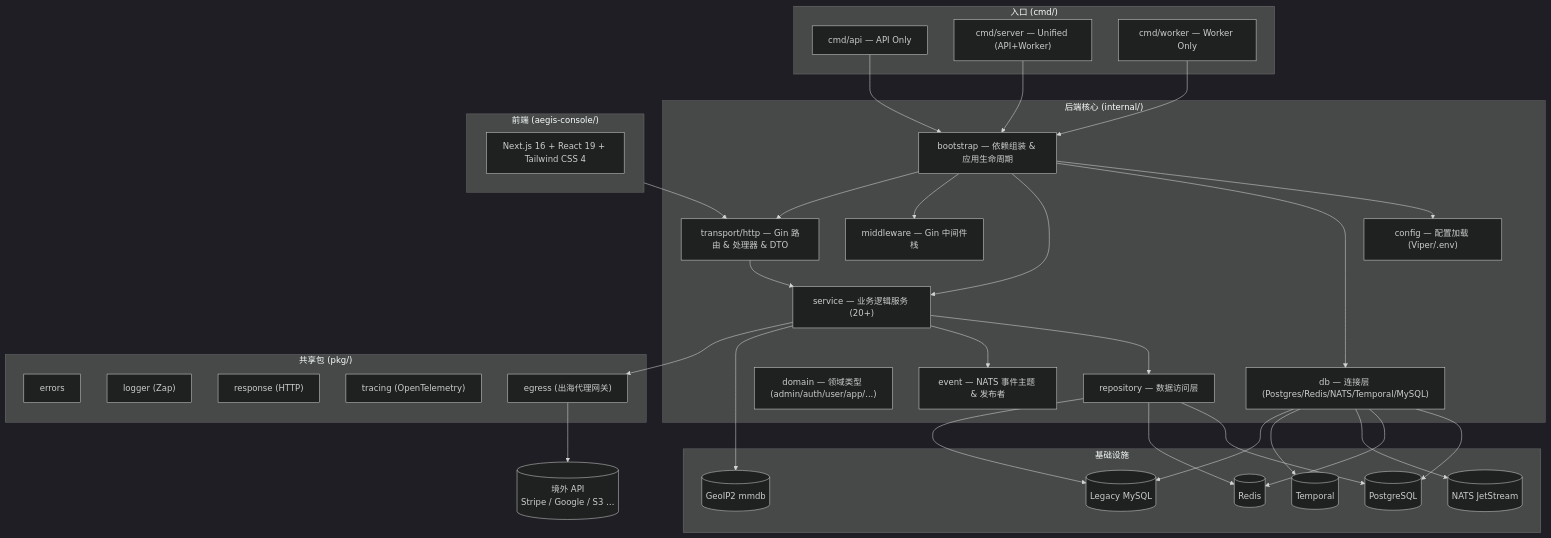
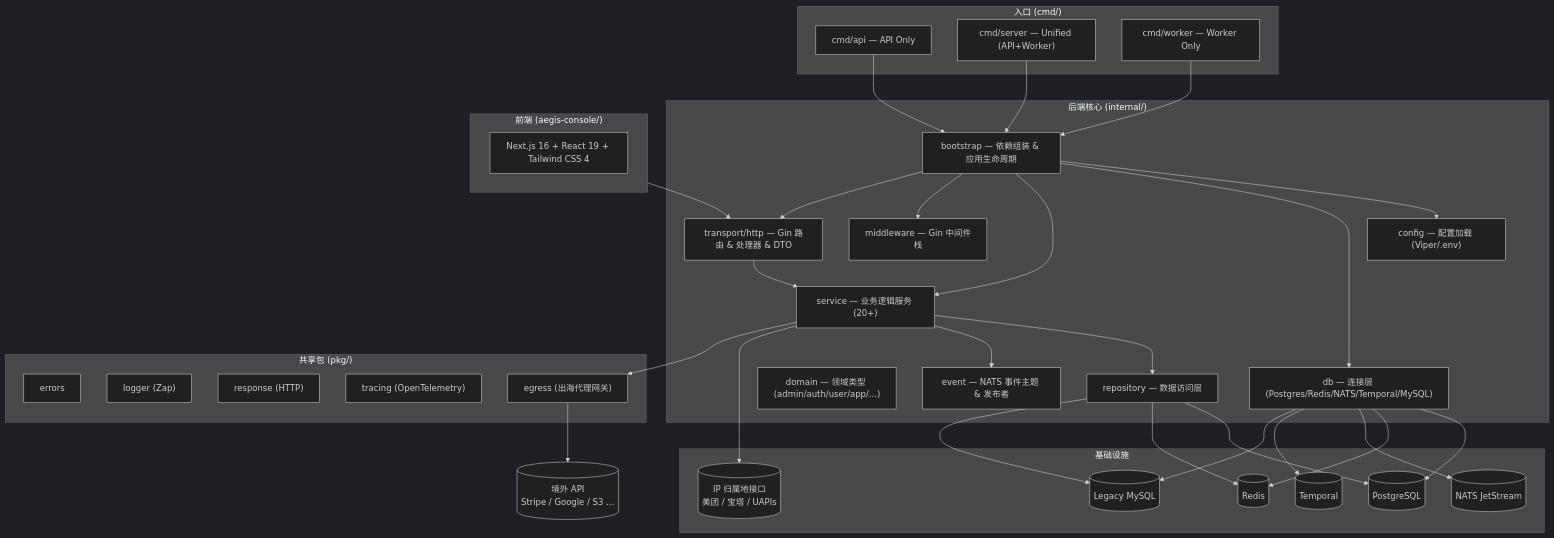
The diagram in CLAUDE.md (MiChongs/aegis), drawn with Mermaid (dark theme) before and after one commit. The commit also changed other lines of this file and 10 other files, not shown here.

````diff
--- a/CLAUDE.md
+++ b/CLAUDE.md
@@ -15,61 +15,61 @@
 ```mermaid
 graph TD
   subgraph cmd["入口 (cmd/)"]
     API["cmd/api — API Only"]
     Server["cmd/server — Unified (API+Worker)"]
     Worker["cmd/worker — Worker Only"]
   end
 
   subgraph core["后端核心 (internal/)"]
     Bootstrap["bootstrap — 依赖组装 & 应用生命周期"]
     Config["config — 配置加载 (Viper/.env)"]
     DB["db — 连接层 (Postgres/Redis/NATS/Temporal/MySQL)"]
     Domain["domain — 领域类型 (admin/auth/user/app/...)"]
     Event["event — NATS 事件主题 & 发布者"]
     Middleware["middleware — Gin 中间件栈"]
     Repository["repository — 数据访问层"]
     Service["service — 业务逻辑服务 (20+)"]
     Transport["transport/http — Gin 路由 & 处理器 & DTO"]
   end
 
   subgraph infra["基础设施"]
     PG[("PostgreSQL")]
     Redis[("Redis")]
     NATS[("NATS JetStream")]
     Temporal[("Temporal")]
     MySQL[("Legacy MySQL")]
-    GeoIP[("GeoIP2 mmdb")]
+    GeoIP[("IP 归属地接口<br/>美团 / 宝塔 / UAPIs")]
   end
 
   subgraph pkg["共享包 (pkg/)"]
     Errors["errors"]
     Logger["logger (Zap)"]
     Response["response (HTTP)"]
     Tracing["tracing (OpenTelemetry)"]
     Egress["egress (出海代理网关)"]
   end
 
   subgraph console["前端 (aegis-console/)"]
     NextApp["Next.js 16 + React 19 + Tailwind CSS 4"]
   end
 
   Server --> Bootstrap
   API --> Bootstrap
   Worker --> Bootstrap
   Bootstrap --> Config
   Bootstrap --> DB
   Bootstrap --> Service
   Bootstrap --> Middleware
   Bootstrap --> Transport
   Service --> Repository
   Service --> Event
   Repository --> PG
   Repository --> Redis
   Repository --> MySQL
   DB --> PG & Redis & NATS & Temporal & MySQL
   Service --> GeoIP
   Service --> Egress
   Egress --> Overseas[(境外 API<br/>Stripe / Google / S3 …)]
   Transport --> Service
   console --> Transport
 ```
````
